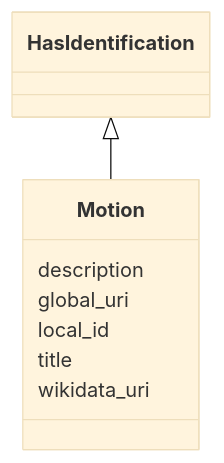
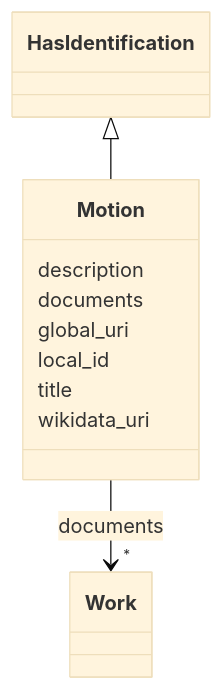
One commit to swiss/political-affairs-ech-group changed the diagram in ech-0293_operations/output/docs/Motion.md. Above: the diagram before and after it, drawn with Mermaid (base theme). The commit also changed other lines of this file and 87 other files, not shown here.

````diff
--- a/ech-0293_operations/output/docs/Motion.md
+++ b/ech-0293_operations/output/docs/Motion.md
@@ -22,19 +22,30 @@
 ```mermaid
  classDiagram
     class Motion
     click Motion href "../Motion/"
       HasIdentification <|-- Motion
         click HasIdentification href "../HasIdentification/"
       
       Motion : description
+        
+      Motion : documents
+        
+          
+    
+        
+        
+        Motion --> "*" Work : documents
+        click Work href "../Work/"
+    
+
         
       Motion : global_uri
         
       Motion : local_id
         
       Motion : title
         
       Motion : wikidata_uri
         
       
 ```
````
